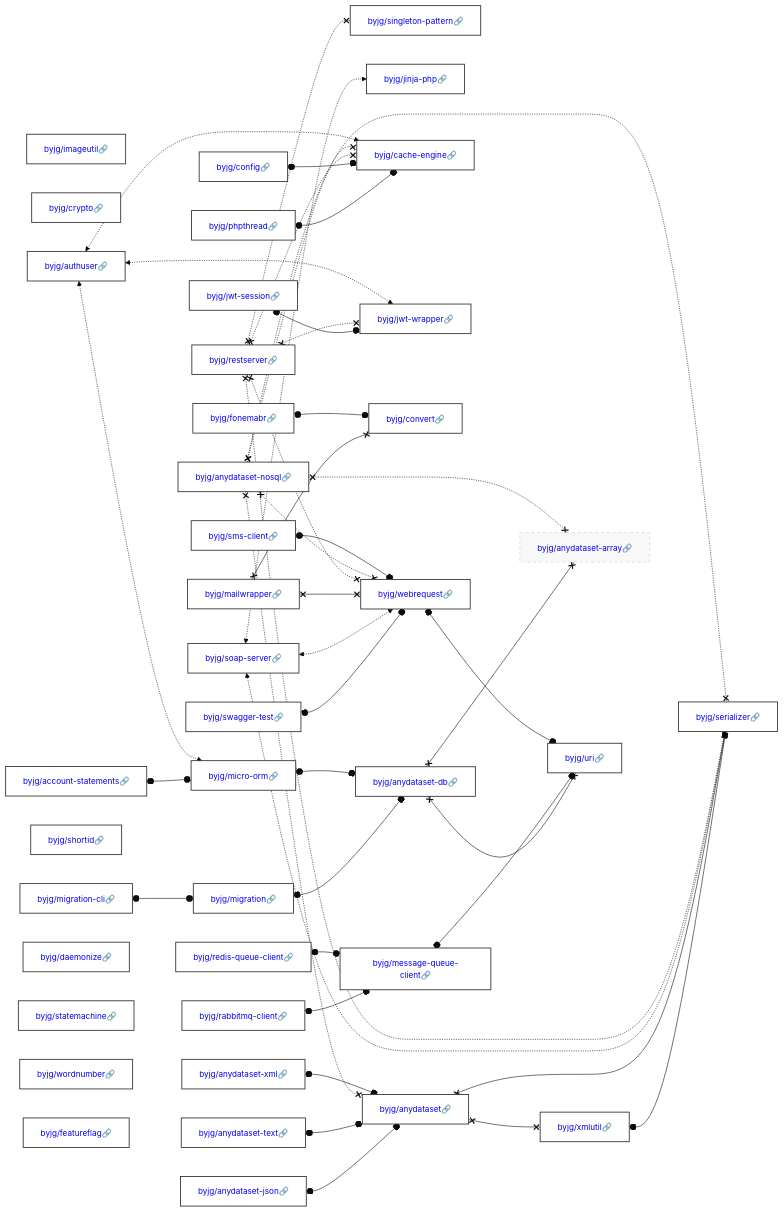
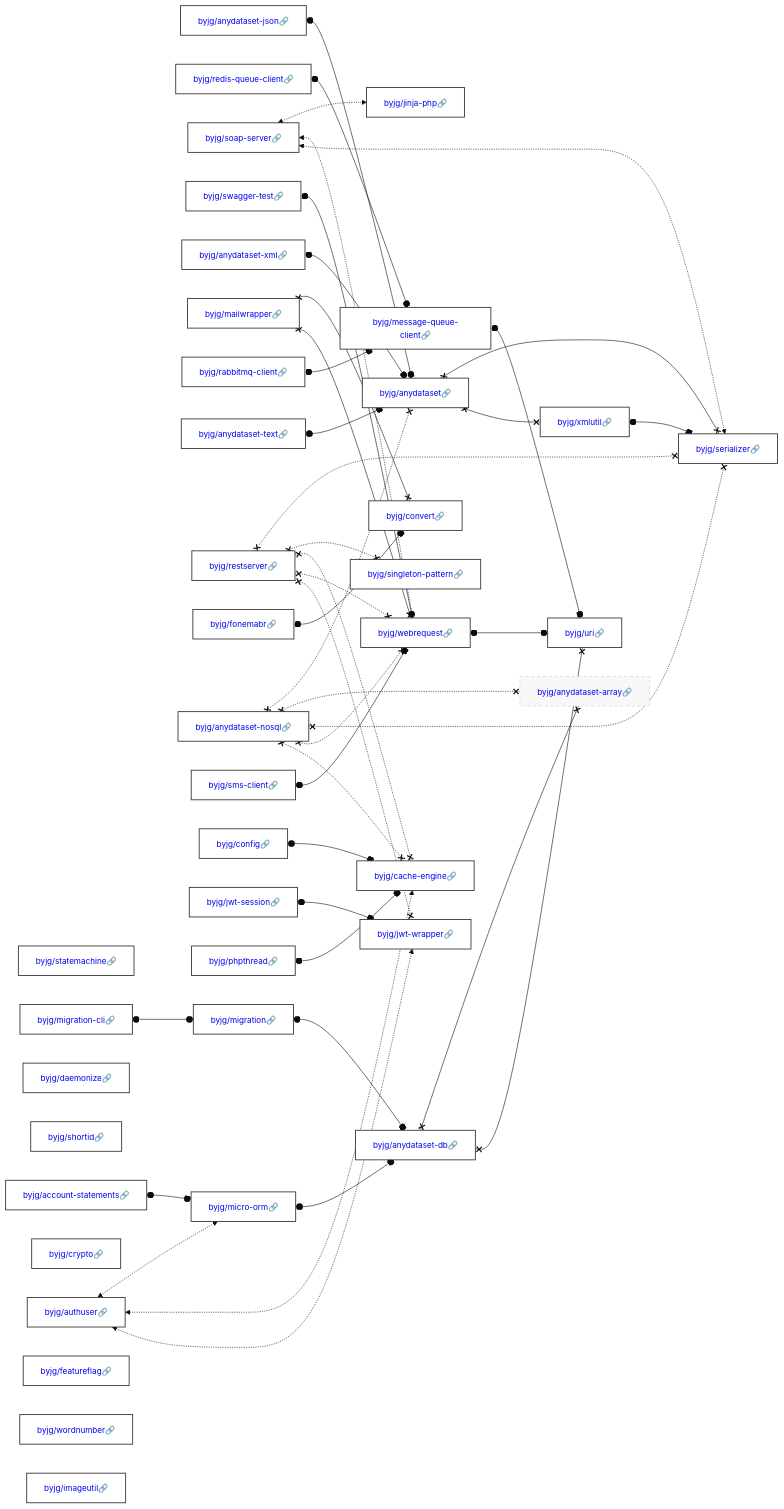
Before and after one commit to byjg/byjg.github.io: the diagram in docs/php/README.md, drawn with Mermaid (base theme). The commit also changed other lines of this file and 6 other files, not shown here.

Commit message:
Update documentation 'php' 'php-anydataset-text'

````diff
--- a/docs/php/README.md
+++ b/docs/php/README.md
@@ -3,40 +3,40 @@
 ```mermaid
 graph LR;
-  byjg/imageutil[<a href='https://opensource.byjg.com/docs/php/imageutil' style='text-decoration:none'>byjg/imageutil🔗</a>];
-  byjg/config[<a href='https://opensource.byjg.com/docs/php/config' style='text-decoration:none'>byjg/config🔗</a>];
+  byjg/anydataset-json[<a href='https://opensource.byjg.com/docs/php/anydataset-json' style='text-decoration:none'>byjg/anydataset-json🔗</a>];
+  byjg/statemachine[<a href='https://opensource.byjg.com/docs/php/statemachine' style='text-decoration:none'>byjg/statemachine🔗</a>];
+  byjg/redis-queue-client[<a href='https://opensource.byjg.com/docs/php/redis-queue-client' style='text-decoration:none'>byjg/redis-queue-client🔗</a>];
+  byjg/soap-server[<a href='https://opensource.byjg.com/docs/php/soap-server' style='text-decoration:none'>byjg/soap-server🔗</a>];
+  byjg/swagger-test[<a href='https://opensource.byjg.com/docs/php/swagger-test' style='text-decoration:none'>byjg/swagger-test🔗</a>];
+  byjg/anydataset-xml[<a href='https://opensource.byjg.com/docs/php/anydataset-xml' style='text-decoration:none'>byjg/anydataset-xml🔗</a>];
+  byjg/account-statements[<a href='https://opensource.byjg.com/docs/php/account-statements' style='text-decoration:none'>byjg/account-statements🔗</a>];
+  byjg/daemonize[<a href='https://opensource.byjg.com/docs/php/daemonize' style='text-decoration:none'>byjg/daemonize🔗</a>];
+  byjg/mailwrapper[<a href='https://opensource.byjg.com/docs/php/mailwrapper' style='text-decoration:none'>byjg/mailwrapper🔗</a>];
+  byjg/shortid[<a href='https://opensource.byjg.com/docs/php/shortid' style='text-decoration:none'>byjg/shortid🔗</a>];
+  byjg/migration-cli[<a href='https://opensource.byjg.com/docs/php/migration-cli' style='text-decoration:none'>byjg/migration-cli🔗</a>];
+  byjg/crypto[<a href='https://opensource.byjg.com/docs/php/crypto' style='text-decoration:none'>byjg/crypto🔗</a>];
+  byjg/rabbitmq-client[<a href='https://opensource.byjg.com/docs/php/rabbitmq-client' style='text-decoration:none'>byjg/rabbitmq-client🔗</a>];
+  byjg/anydataset-text[<a href='https://opensource.byjg.com/docs/php/anydataset-text' style='text-decoration:none'>byjg/anydataset-text🔗</a>];
+  byjg/authuser[<a href='https://opensource.byjg.com/docs/php/authuser' style='text-decoration:none'>byjg/authuser🔗</a>];
+  byjg/restserver[<a href='https://opensource.byjg.com/docs/php/restserver' style='text-decoration:none'>byjg/restserver🔗</a>];
+  byjg/fonemabr[<a href='https://opensource.byjg.com/docs/php/fonemabr' style='text-decoration:none'>byjg/fonemabr🔗</a>];
   byjg/anydataset-nosql[<a href='https://opensource.byjg.com/docs/php/anydataset-nosql' style='text-decoration:none'>byjg/anydataset-nosql🔗</a>];
   byjg/sms-client[<a href='https://opensource.byjg.com/docs/php/sms-client' style='text-decoration:none'>byjg/sms-client🔗</a>];
-  byjg/anydataset-xml[<a href='https://opensource.byjg.com/docs/php/anydataset-xml' style='text-decoration:none'>byjg/anydataset-xml🔗</a>];
-  byjg/crypto[<a href='https://opensource.byjg.com/docs/php/crypto' style='text-decoration:none'>byjg/crypto🔗</a>];
-  byjg/restserver[<a href='https://opensource.byjg.com/docs/php/restserver' style='text-decoration:none'>byjg/restserver🔗</a>];
-  byjg/soap-server[<a href='https://opensource.byjg.com/docs/php/soap-server' style='text-decoration:none'>byjg/soap-server🔗</a>];
-  byjg/redis-queue-client[<a href='https://opensource.byjg.com/docs/php/redis-queue-client' style='text-decoration:none'>byjg/redis-queue-client🔗</a>];
+  byjg/config[<a href='https://opensource.byjg.com/docs/php/config' style='text-decoration:none'>byjg/config🔗</a>];
+  byjg/jwt-session[<a href='https://opensource.byjg.com/docs/php/jwt-session' style='text-decoration:none'>byjg/jwt-session🔗</a>];
+  byjg/featureflag[<a href='https://opensource.byjg.com/docs/php/featureflag' style='text-decoration:none'>byjg/featureflag🔗</a>];
   byjg/phpthread[<a href='https://opensource.byjg.com/docs/php/phpthread' style='text-decoration:none'>byjg/phpthread🔗</a>];
-  byjg/jwt-session[<a href='https://opensource.byjg.com/docs/php/jwt-session' style='text-decoration:none'>byjg/jwt-session🔗</a>];
-  byjg/account-statements[<a href='https://opensource.byjg.com/docs/php/account-statements' style='text-decoration:none'>byjg/account-statements🔗</a>];
-  byjg/anydataset-text[<a href='https://opensource.byjg.com/docs/php/anydataset-text' style='text-decoration:none'>byjg/anydataset-text🔗</a>];
-  byjg/rabbitmq-client[<a href='https://opensource.byjg.com/docs/php/rabbitmq-client' style='text-decoration:none'>byjg/rabbitmq-client🔗</a>];
-  byjg/migration-cli[<a href='https://opensource.byjg.com/docs/php/migration-cli' style='text-decoration:none'>byjg/migration-cli🔗</a>];
-  byjg/fonemabr[<a href='https://opensource.byjg.com/docs/php/fonemabr' style='text-decoration:none'>byjg/fonemabr🔗</a>];
-  byjg/shortid[<a href='https://opensource.byjg.com/docs/php/shortid' style='text-decoration:none'>byjg/shortid🔗</a>];
-  byjg/authuser[<a href='https://opensource.byjg.com/docs/php/authuser' style='text-decoration:none'>byjg/authuser🔗</a>];
-  byjg/daemonize[<a href='https://opensource.byjg.com/docs/php/daemonize' style='text-decoration:none'>byjg/daemonize🔗</a>];
-  byjg/mailwrapper[<a href='https://opensource.byjg.com/docs/php/mailwrapper' style='text-decoration:none'>byjg/mailwrapper🔗</a>];
-  byjg/anydataset-json[<a href='https://opensource.byjg.com/docs/php/anydataset-json' style='text-decoration:none'>byjg/anydataset-json🔗</a>];
-  byjg/statemachine[<a href='https://opensource.byjg.com/docs/php/statemachine' style='text-decoration:none'>byjg/statemachine🔗</a>];
   byjg/wordnumber[<a href='https://opensource.byjg.com/docs/php/wordnumber' style='text-decoration:none'>byjg/wordnumber🔗</a>];
-  byjg/featureflag[<a href='https://opensource.byjg.com/docs/php/featureflag' style='text-decoration:none'>byjg/featureflag🔗</a>];
-  byjg/swagger-test[<a href='https://opensource.byjg.com/docs/php/swagger-test' style='text-decoration:none'>byjg/swagger-test🔗</a>];
+  byjg/imageutil[<a href='https://opensource.byjg.com/docs/php/imageutil' style='text-decoration:none'>byjg/imageutil🔗</a>];
+  byjg/jinja-php[<a href='https://opensource.byjg.com/docs/php/jinja-php' style='text-decoration:none'>byjg/jinja-php🔗</a>];
+  byjg/migration[<a href='https://opensource.byjg.com/docs/php/migration' style='text-decoration:none'>byjg/migration🔗</a>];
+  byjg/message-queue-client[<a href='https://opensource.byjg.com/docs/php/message-queue-client' style='text-decoration:none'>byjg/message-queue-client🔗</a>];
+  byjg/micro-orm[<a href='https://opensource.byjg.com/docs/php/micro-orm' style='text-decoration:none'>byjg/micro-orm🔗</a>];
   byjg/singleton-pattern[<a href='https://opensource.byjg.com/docs/php/singleton-pattern' style='text-decoration:none'>byjg/singleton-pattern🔗</a>];
-  byjg/jinja-php[<a href='https://opensource.byjg.com/docs/php/jinja-php' style='text-decoration:none'>byjg/jinja-php🔗</a>];
-  byjg/message-queue-client[<a href='https://opensource.byjg.com/docs/php/message-queue-client' style='text-decoration:none'>byjg/message-queue-client🔗</a>];
-  byjg/migration[<a href='https://opensource.byjg.com/docs/php/migration' style='text-decoration:none'>byjg/migration🔗</a>];
-  byjg/micro-orm[<a href='https://opensource.byjg.com/docs/php/micro-orm' style='text-decoration:none'>byjg/micro-orm🔗</a>];
-  byjg/cache-engine[<a href='https://opensource.byjg.com/docs/php/cache-engine' style='text-decoration:none'>byjg/cache-engine🔗</a>];
-  byjg/jwt-wrapper[<a href='https://opensource.byjg.com/docs/php/jwt-wrapper' style='text-decoration:none'>byjg/jwt-wrapper🔗</a>];
   byjg/convert[<a href='https://opensource.byjg.com/docs/php/convert' style='text-decoration:none'>byjg/convert🔗</a>];
   byjg/anydataset[<a href='https://opensource.byjg.com/docs/php/anydataset' style='text-decoration:none'>byjg/anydataset🔗</a>];
   byjg/webrequest[<a href='https://opensource.byjg.com/docs/php/webrequest' style='text-decoration:none'>byjg/webrequest🔗</a>];
+  byjg/jwt-wrapper[<a href='https://opensource.byjg.com/docs/php/jwt-wrapper' style='text-decoration:none'>byjg/jwt-wrapper🔗</a>];
+  byjg/cache-engine[<a href='https://opensource.byjg.com/docs/php/cache-engine' style='text-decoration:none'>byjg/cache-engine🔗</a>];
   byjg/anydataset-db[<a href='https://opensource.byjg.com/docs/php/anydataset-db' style='text-decoration:none'>byjg/anydataset-db🔗</a>];
   byjg/xmlutil[<a href='https://opensource.byjg.com/docs/php/xmlutil' style='text-decoration:none'>byjg/xmlutil🔗</a>];
   byjg/anydataset-array[<a href='https://opensource.byjg.com/docs/php/anydataset-array' style='text-decoration:none'>byjg/anydataset-array🔗</a>];
@@ -63,6 +63,7 @@
   byjg/account-statements o--o byjg/micro-orm;
   byjg/fonemabr o--o byjg/convert;
   byjg/redis-queue-client o--o byjg/message-queue-client;
+  byjg/anydataset-text o--o byjg/anydataset;
   byjg/config o--o byjg/cache-engine;
   byjg/restserver x-.-x byjg/serializer;
   byjg/restserver x-.-x byjg/singleton-pattern;
@@ -70,7 +71,6 @@
   byjg/restserver x-.-x byjg/webrequest;
   byjg/restserver x-.-x byjg/jwt-wrapper;
   byjg/anydataset-json o--o byjg/anydataset;
-  byjg/anydataset-text o--o byjg/anydataset;
   byjg/anydataset-nosql x-.-x byjg/anydataset;
   byjg/anydataset-nosql x-.-x byjg/anydataset-array;
   byjg/anydataset-nosql x-.-x byjg/serializer;
````
